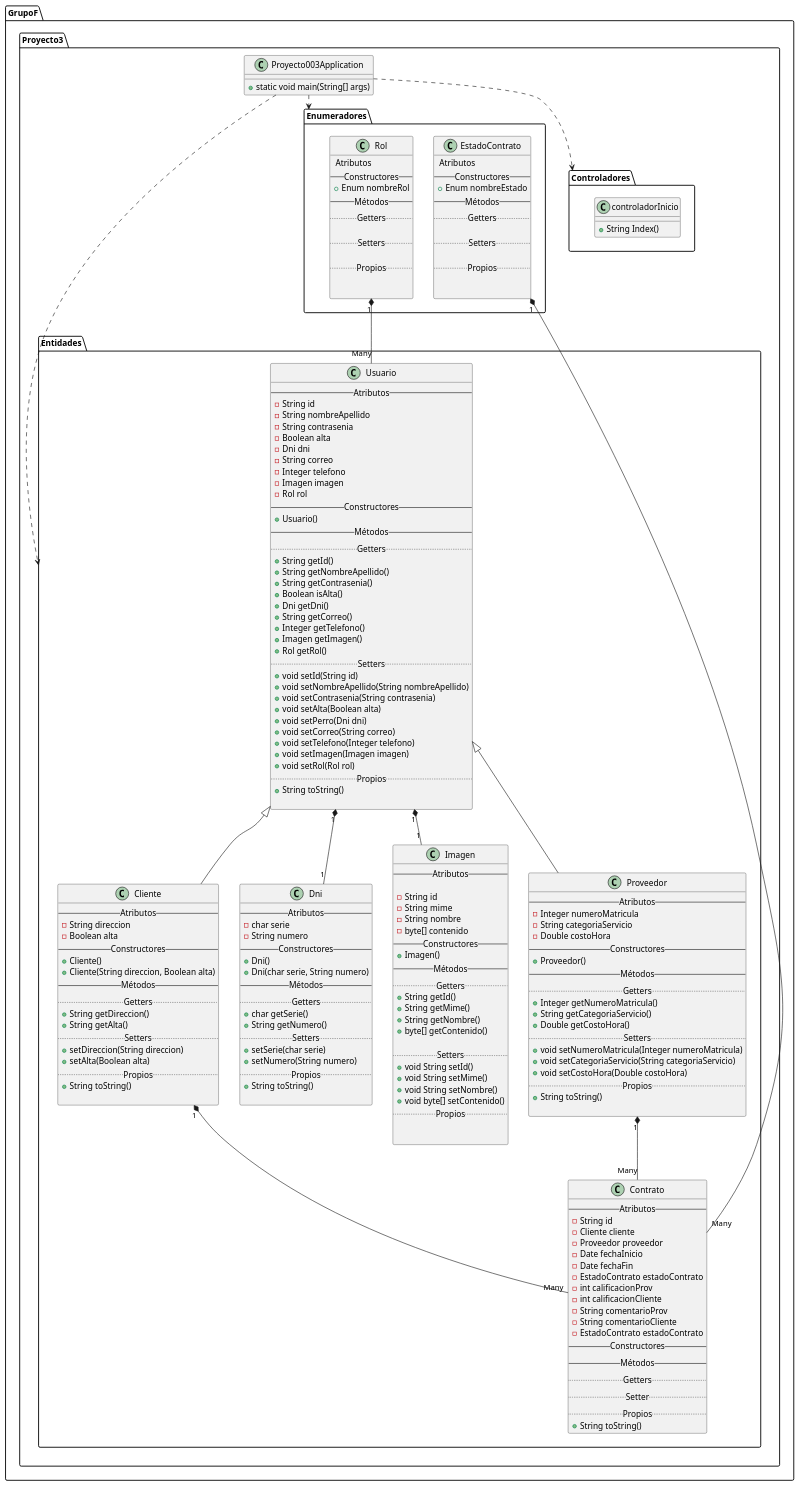
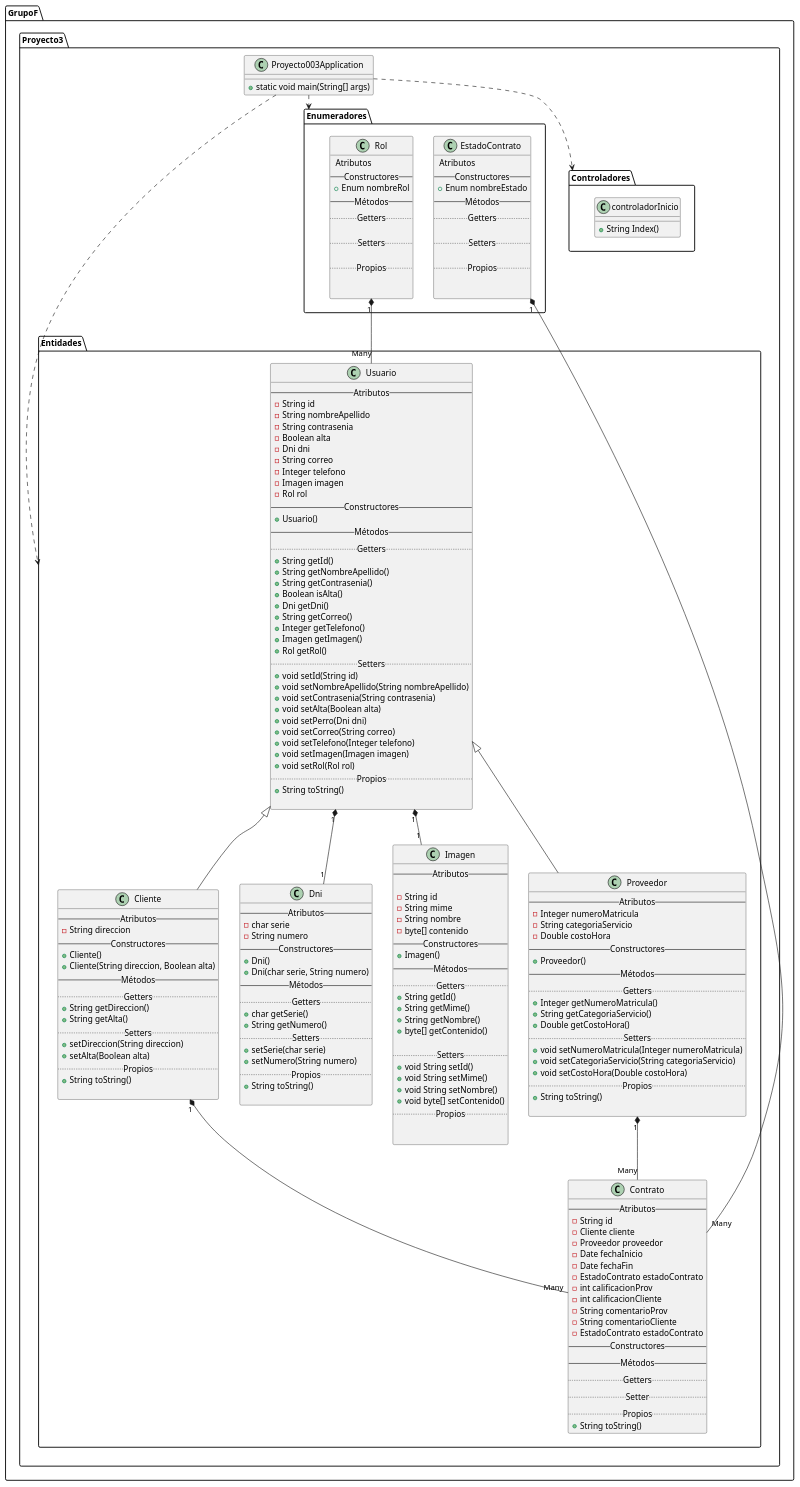
The diagram in uml.puml (FullStackEggDRoa/proyecto_003-GF), drawn with PlantUML before and after one commit.

Commit message:
Diagrama UML - OK_DR-DAI-AC

```diff
--- a/uml.puml
+++ b/uml.puml
@@ -1,192 +1,191 @@
 @startuml
  
 class GrupoF.Proyecto3.Entidades.Cliente extends GrupoF.Proyecto3.Entidades.Usuario{
     -- Atributos --
     -String direccion
-    -Boolean alta   
     -- Constructores --
     + Cliente()
     + Cliente(String direccion, Boolean alta)
     -- Métodos --
     .. Getters ..
     + String getDireccion()
     + String getAlta()
     .. Setters ..
     + setDireccion(String direccion)
     + setAlta(Boolean alta)
     .. Propios ..
     +String toString()
     
 }
 
 
 class GrupoF.Proyecto3.Entidades.Dni{
     -- Atributos --
     -char serie
     - String numero
     -- Constructores --
     + Dni()
     + Dni(char serie, String numero)
     -- Métodos --
     .. Getters ..
     + char getSerie()
     + String getNumero()
     .. Setters ..
     + setSerie(char serie)
     + setNumero(String numero)
     .. Propios ..
     +String toString()
     
 }
 
 class GrupoF.Proyecto3.Entidades.Imagen{
     -- Atributos --
     
     -String id
     -String mime
     -String nombre
     -byte[] contenido   
     -- Constructores --
     + Imagen()    
     -- Métodos --
     .. Getters ..
     + String getId()
     + String getMime()
     + String getNombre()
     + byte[] getContenido()
     
     .. Setters ..
     + void String setId()
     + void String setMime()
     + void String setNombre()
     + void byte[] setContenido()
     .. Propios ..
     
     
 }
 class GrupoF.Proyecto3.Enumeradores.Rol{
     -- Atributos --     
     -- Constructores --
     + Enum nombreRol    
     -- Métodos --
     .. Getters ..
     
     .. Setters ..
     
     .. Propios ..
     
     
 }
 
 class GrupoF.Proyecto3.Enumeradores.EstadoContrato{
     -- Atributos --     
     -- Constructores --
     + Enum nombreEstado    
     -- Métodos --
     .. Getters ..
     
     .. Setters ..
     
     .. Propios ..
     
     
 }
 
 class GrupoF.Proyecto3.Entidades.Contrato {
     -- Atributos --
     - String id
     - Cliente cliente
     - Proveedor proveedor
     - Date fechaInicio
     - Date fechaFin
     - EstadoContrato estadoContrato
     - int calificacionProv
     - int calificacionCliente
     - String comentarioProv
     - String comentarioCliente
     - EstadoContrato estadoContrato
     -- Constructores --
     -- Métodos --
     .. Getters ..
     .. Setter ..
     .. Propios ..
     + String toString()
 }
 
 class GrupoF.Proyecto3.Entidades.Proveedor extends GrupoF.Proyecto3.Entidades.Usuario{
     -- Atributos --
     -Integer numeroMatricula
     -String categoriaServicio
     -Double costoHora
     -- Constructores --
     + Proveedor()    
     -- Métodos --
     .. Getters ..
     + Integer getNumeroMatricula()
     + String getCategoriaServicio()
     + Double getCostoHora()
     .. Setters ..
     + void setNumeroMatricula(Integer numeroMatricula)
     + void setCategoriaServicio(String categoriaServicio)
     + void setCostoHora(Double costoHora)
     .. Propios ..
     + String toString()
     
 }
 
 GrupoF.Proyecto3.Entidades.Usuario "1" *-- "1" GrupoF.Proyecto3.Entidades.Dni
 GrupoF.Proyecto3.Enumeradores.Rol "1" *-- "Many" GrupoF.Proyecto3.Entidades.Usuario
 GrupoF.Proyecto3.Enumeradores.EstadoContrato "1" *-- "Many" GrupoF.Proyecto3.Entidades.Contrato
 GrupoF.Proyecto3.Entidades.Usuario "1" *-- "1" GrupoF.Proyecto3.Entidades.Imagen
 GrupoF.Proyecto3.Entidades.Cliente "1" *-- "Many" GrupoF.Proyecto3.Entidades.Contrato
 GrupoF.Proyecto3.Entidades.Proveedor "1" *-- "Many" GrupoF.Proyecto3.Entidades.Contrato
 
 class GrupoF.Proyecto3.Entidades.Usuario{
     -- Atributos --
     -String id
     -String nombreApellido
     -String contrasenia
     -Boolean alta
     -Dni dni
     -String correo
     -Integer telefono
     -Imagen imagen
     -Rol rol
     -- Constructores --
     +Usuario()        
     -- Métodos --
     .. Getters ..
     +String getId()
     +String getNombreApellido()
     +String getContrasenia()
     +Boolean isAlta()
     +Dni getDni()
     +String getCorreo()
     +Integer getTelefono()
     +Imagen getImagen()
     +Rol getRol()
     .. Setters ..
     +void setId(String id)
     +void setNombreApellido(String nombreApellido)
     +void setContrasenia(String contrasenia)
     +void setAlta(Boolean alta)
     +void setPerro(Dni dni)
     +void setCorreo(String correo)
     +void setTelefono(Integer telefono)
     +void setImagen(Imagen imagen)
     +void setRol(Rol rol)
     .. Propios ..
     +String toString()
 
 }
 class GrupoF.Proyecto3.Proyecto003Application{
     +static void main(String[] args)
 }
 class GrupoF.Proyecto3.Controladores.controladorInicio{
     +String Index()
 }
 
 GrupoF.Proyecto3.Proyecto003Application ..> GrupoF.Proyecto3.Entidades
 GrupoF.Proyecto3.Proyecto003Application ..> GrupoF.Proyecto3.Controladores
 GrupoF.Proyecto3.Proyecto003Application ..> GrupoF.Proyecto3.Enumeradores
 @enduml 
```
